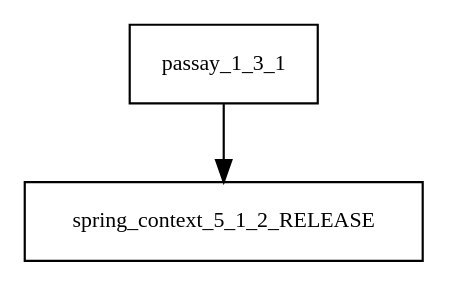
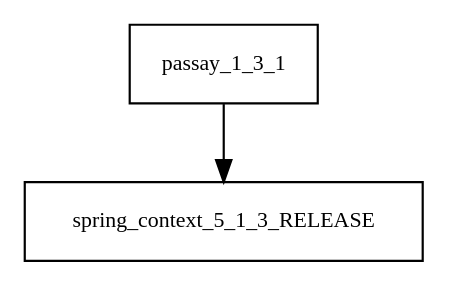
One commit to Hack23/cia changed the diagram in tattleTaleReport/graphviz/passay-1.3.1.jar/passay-1.3.1.jar.dot. Above: the diagram before and after it, drawn with Graphviz. The commit also changed 3771 other files, not shown here.

```diff
--- a/tattleTaleReport/graphviz/passay-1.3.1.jar/passay-1.3.1.jar.dot
+++ b/tattleTaleReport/graphviz/passay-1.3.1.jar/passay-1.3.1.jar.dot
@@ -1,4 +1,4 @@
 digraph passay_1_3_1_dependencies {
   node [shape = box, fontsize=10.0];
-  passay_1_3_1 -> spring_context_5_1_2_RELEASE;
+  passay_1_3_1 -> spring_context_5_1_3_RELEASE;
 }
```
